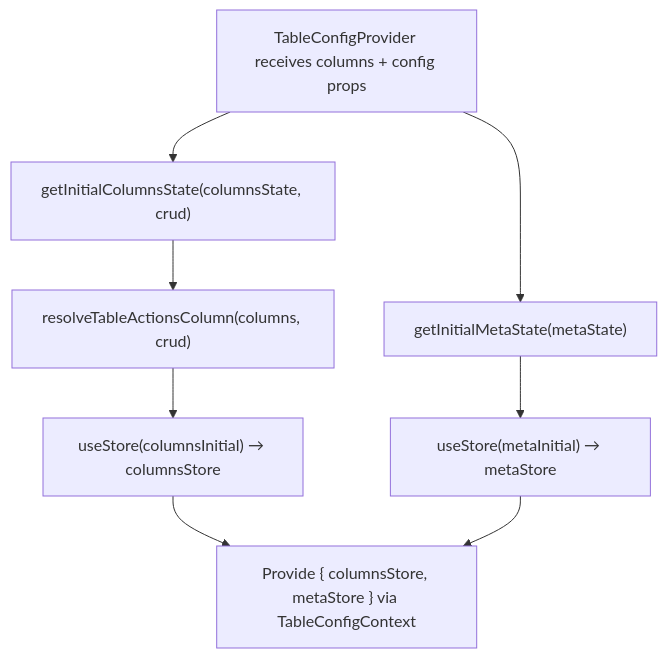
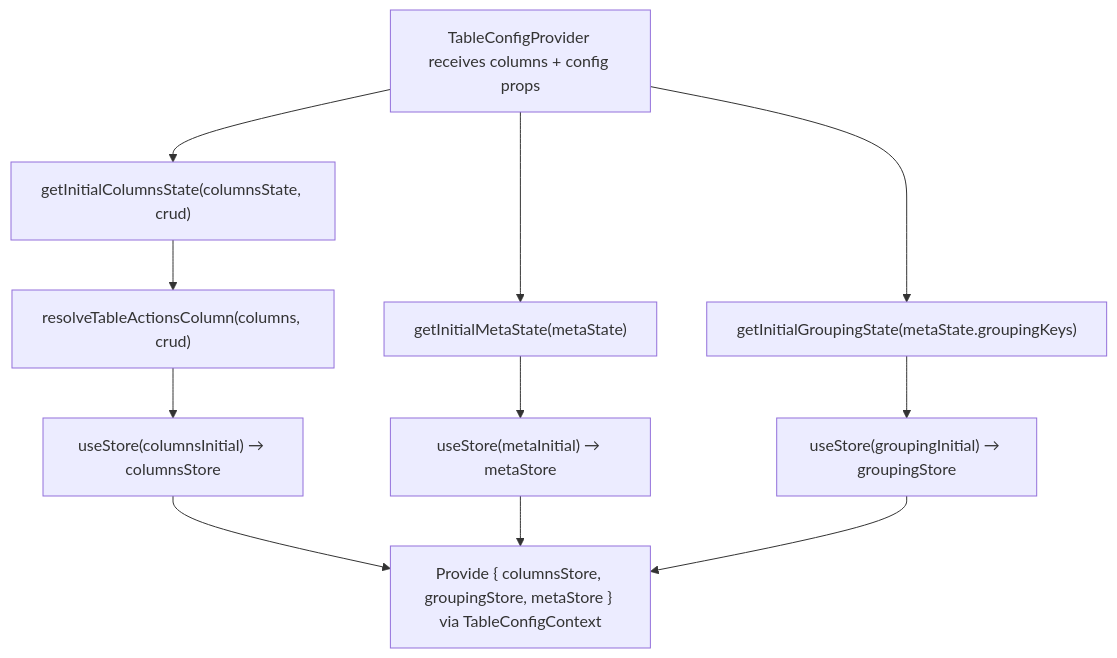
The second of 3 diagrams in packages/ui/src/components/Table/contexts/TableConfig/ARCHITECTURE.md (luciocabrera/lcabrera-stack), drawn with Mermaid before and after one commit. The commit also changed other lines of this file and 105 other files, not shown here.

````diff
--- a/packages/ui/src/components/Table/contexts/TableConfig/ARCHITECTURE.md
+++ b/packages/ui/src/components/Table/contexts/TableConfig/ARCHITECTURE.md
@@ -172,11 +206,14 @@
 ```mermaid
 graph TD
   A["TableConfigProvider receives columns + config props"]
   A --> B["getInitialColumnsState(columnsState, crud)"]
   A --> C["getInitialMetaState(metaState)"]
+  A --> G["getInitialGroupingState(metaState.groupingKeys)"]
   B --> B1["resolveTableActionsColumn(columns, crud)"]
   B1 --> D["useStore(columnsInitial) → columnsStore"]
   C --> E["useStore(metaInitial) → metaStore"]
-  D --> F["Provide { columnsStore, metaStore } via TableConfigContext"]
+  G --> H["useStore(groupingInitial) → groupingStore"]
+  D --> F["Provide { columnsStore, groupingStore, metaStore } via TableConfigContext"]
   E --> F
+  H --> F
 ```
````
